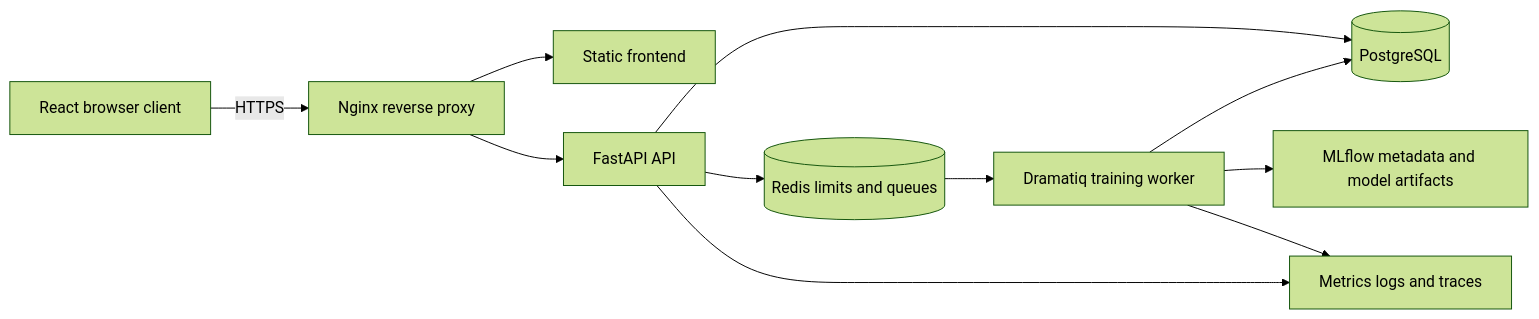
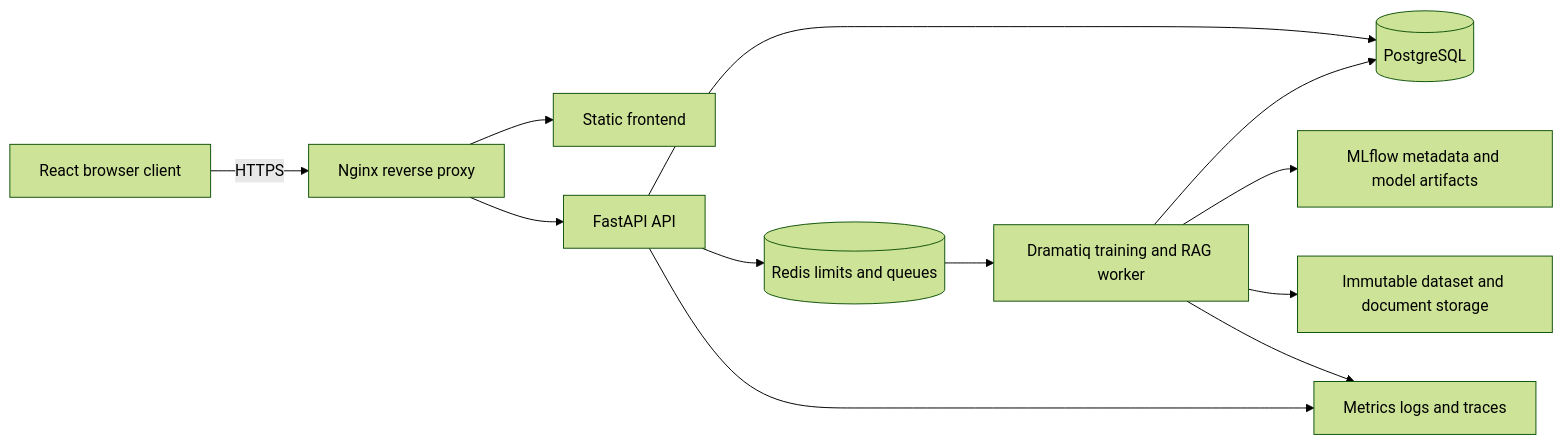
Before and after one commit to fariskishtah/enterprise-ai-platform: the diagram in docs/commercial-handoff.md, drawn with Mermaid (forest theme). The commit also changed other lines of this file and 31 other files, not shown here.

````diff
--- a/docs/commercial-handoff.md
+++ b/docs/commercial-handoff.md
@@ -30,13 +35,14 @@
 ```mermaid
 flowchart LR
   Browser[React browser client] -->|HTTPS| Proxy[Nginx reverse proxy]
   Proxy --> Frontend[Static frontend]
   Proxy --> API[FastAPI API]
   API --> PostgreSQL[(PostgreSQL)]
   API --> Redis[(Redis limits and queues)]
-  Redis --> Worker[Dramatiq training worker]
+  Redis --> Worker[Dramatiq training and RAG worker]
   Worker --> PostgreSQL
   Worker --> Artifacts[MLflow metadata and model artifacts]
+  Worker --> Datasets[Immutable dataset and document storage]
   API --> Observability[Metrics logs and traces]
   Worker --> Observability
 ```
````
